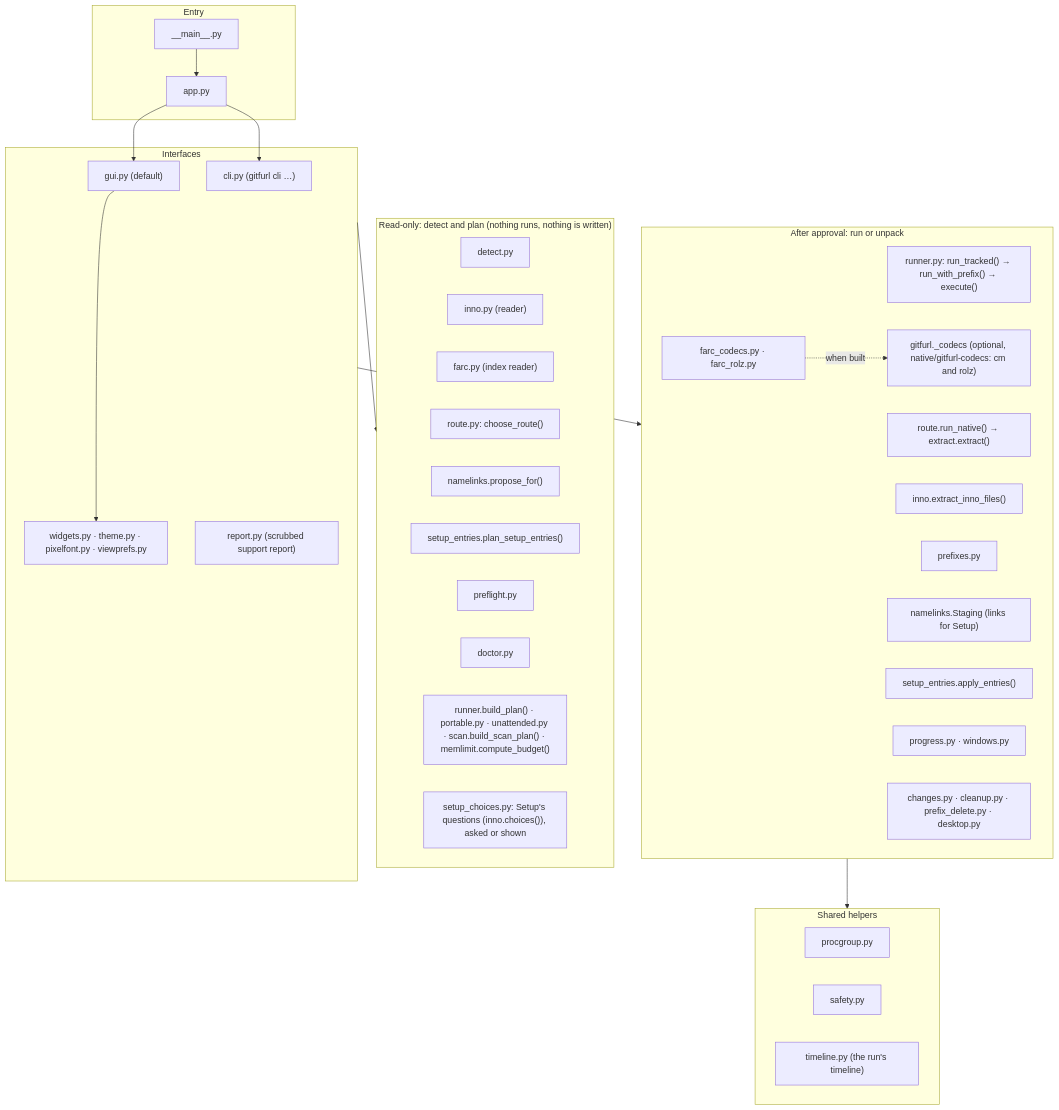
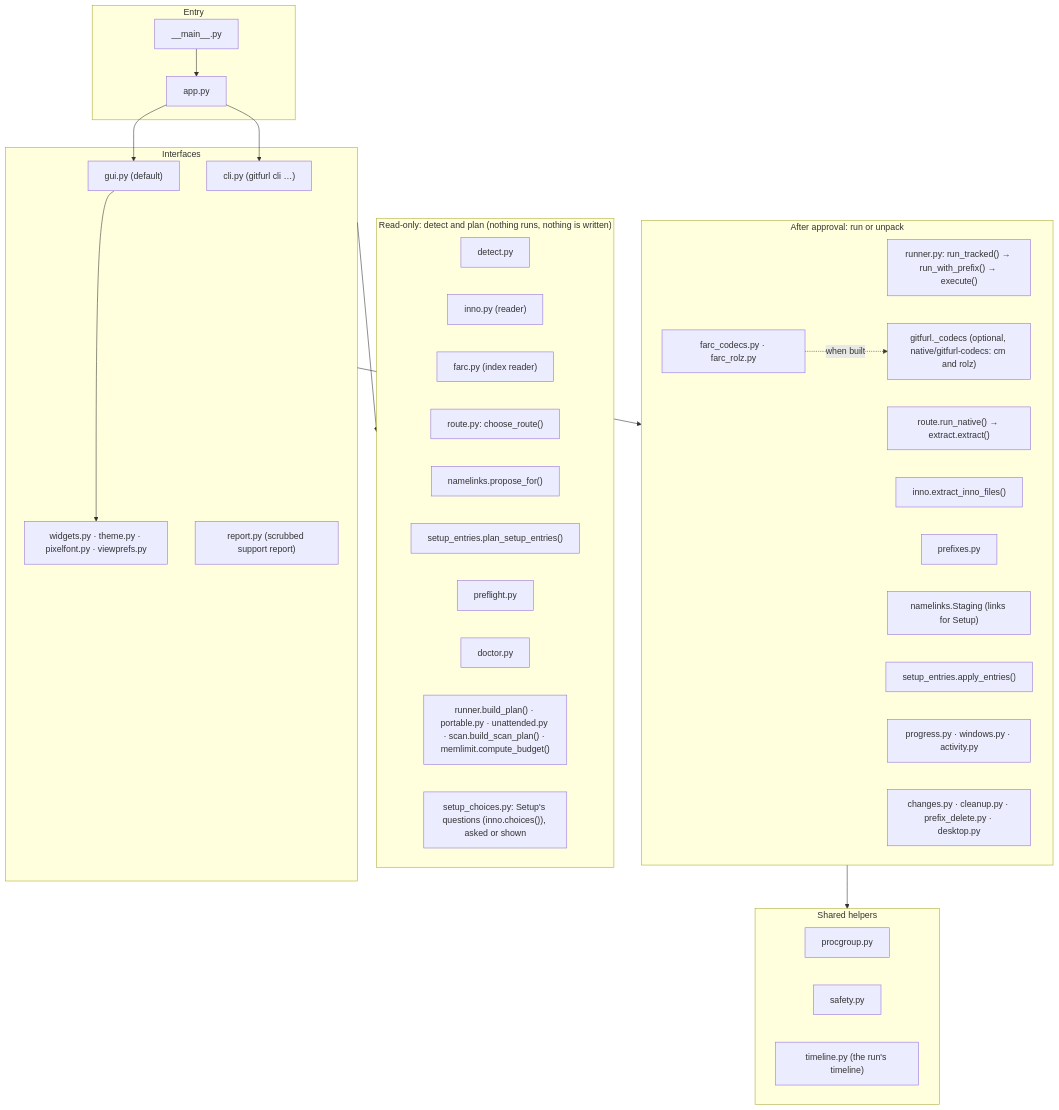
Before and after one commit to undecuple/gitfurl: the first of 6 diagrams in docs/code-map.md, drawn with Mermaid. The commit also changed other lines of this file and 16 other files, not shown here.

````diff
--- a/docs/code-map.md
+++ b/docs/code-map.md
@@ -9,47 +9,47 @@
 ```mermaid
 flowchart TB
   subgraph entry["Entry"]
     main["__main__.py"] --> app["app.py"]
   end
   subgraph ui["Interfaces"]
     gui["gui.py (default)"]
     cli["cli.py (gitfurl cli …)"]
     widgets["widgets.py · theme.py · pixelfont.py · viewprefs.py"]
     report["report.py (scrubbed support report)"]
   end
   subgraph plan["Read-only: detect and plan (nothing runs, nothing is written)"]
     detect["detect.py"]
     inno["inno.py (reader)"]
     farc["farc.py (index reader)"]
     route["route.py: choose_route()"]
     links["namelinks.propose_for()"]
     entries["setup_entries.plan_setup_entries()"]
     preflight["preflight.py"]
     doctor["doctor.py"]
     builders["runner.build_plan() · portable.py · unattended.py · scan.build_scan_plan() · memlimit.compute_budget()"]
     choices["setup_choices.py: Setup's questions (inno.choices()), asked or shown"]
   end
   subgraph run["After approval: run or unpack"]
     runner["runner.py: run_tracked() → run_with_prefix() → execute()"]
     native["route.run_native() → extract.extract()"]
     innox["inno.extract_inno_files()"]
     codecs["farc_codecs.py · farc_rolz.py"]
     rust["gitfurl._codecs (optional, native/gitfurl-codecs: cm and rolz)"]
     prefixes["prefixes.py"]
     staging["namelinks.Staging (links for Setup)"]
     apply["setup_entries.apply_entries()"]
-    progress["progress.py · windows.py"]
+    progress["progress.py · windows.py · activity.py"]
     changes["changes.py · cleanup.py · prefix_delete.py · desktop.py"]
   end
   subgraph shared["Shared helpers"]
     procgroup["procgroup.py"]
     safety["safety.py"]
     timeline["timeline.py (the run's timeline)"]
   end
   app --> gui & cli
   gui --> widgets
   ui --> plan
   ui --> run
   codecs -.->|when built| rust
   run --> shared
 ```
````
